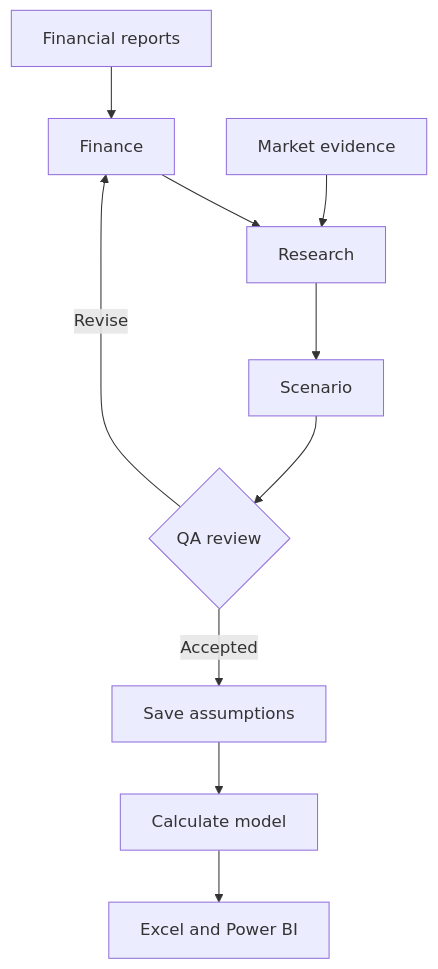
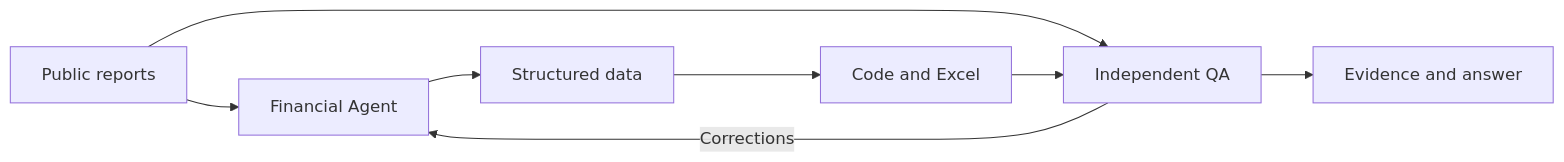
The diagram in agents/README.md (HoiChen-bayes/Portfolio-Guide), drawn with Mermaid before and after one commit. The commit also changed other lines of this file and 24 other files, not shown here.

Commit message:
Add P&G external financial analysis pilot with original evidence and independent QA

````diff
--- a/agents/README.md
+++ b/agents/README.md
@@ -12,12 +13,10 @@
 ```mermaid
-flowchart TB
-    A[Financial reports] --> B[Finance]
-    B --> C[Research]
-    M[Market evidence] --> C
-    C --> D[Scenario]
-    D --> E{QA review}
-    E -->|Revise| B
-    E -->|Accepted| F[Save assumptions]
-    F --> G[Calculate model]
-    G --> H[Excel and Power BI]
+flowchart LR
+    A[Public reports] --> B[Financial Agent]
+    B --> C[Structured data]
+    C --> D[Code and Excel]
+    A --> E[Independent QA]
+    D --> E
+    E -->|Corrections| B
+    E --> F[Evidence and answer]
 ```
````
